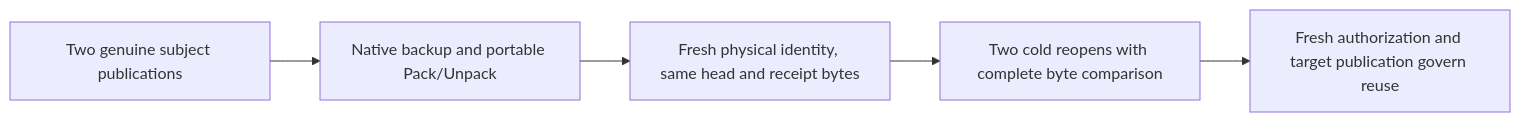
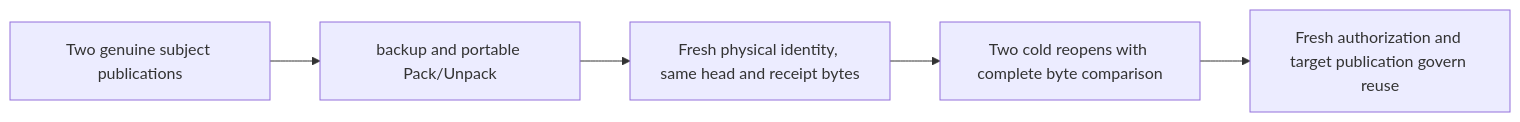
One commit to managedcode/KeyLoad changed the third of 3 diagrams in docs/Features/Search/Bm25CorpusCurrent.md. Above: the diagram before and after it, drawn with Mermaid. The commit also changed other lines of this file and 9016 other files, not shown here.

````diff
--- a/docs/Features/Search/Bm25CorpusCurrent.md
+++ b/docs/Features/Search/Bm25CorpusCurrent.md
@@ -90,7 +90,7 @@
 ```mermaid
 flowchart LR
- P[Two genuine subject publications] --> B[Native backup and portable Pack/Unpack]
+ P[Two genuine subject publications] --> B[backup and portable Pack/Unpack]
  B --> R[Fresh physical identity, same head and receipt bytes]
  R --> C[Two cold reopens with complete byte comparison]
  C --> E[Fresh authorization and target publication govern reuse]
 ```
````
